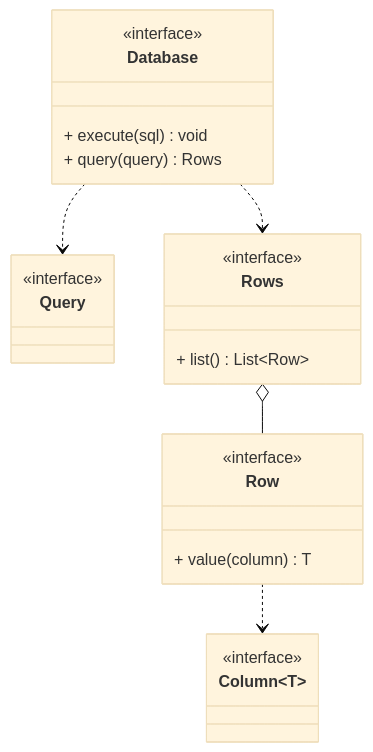
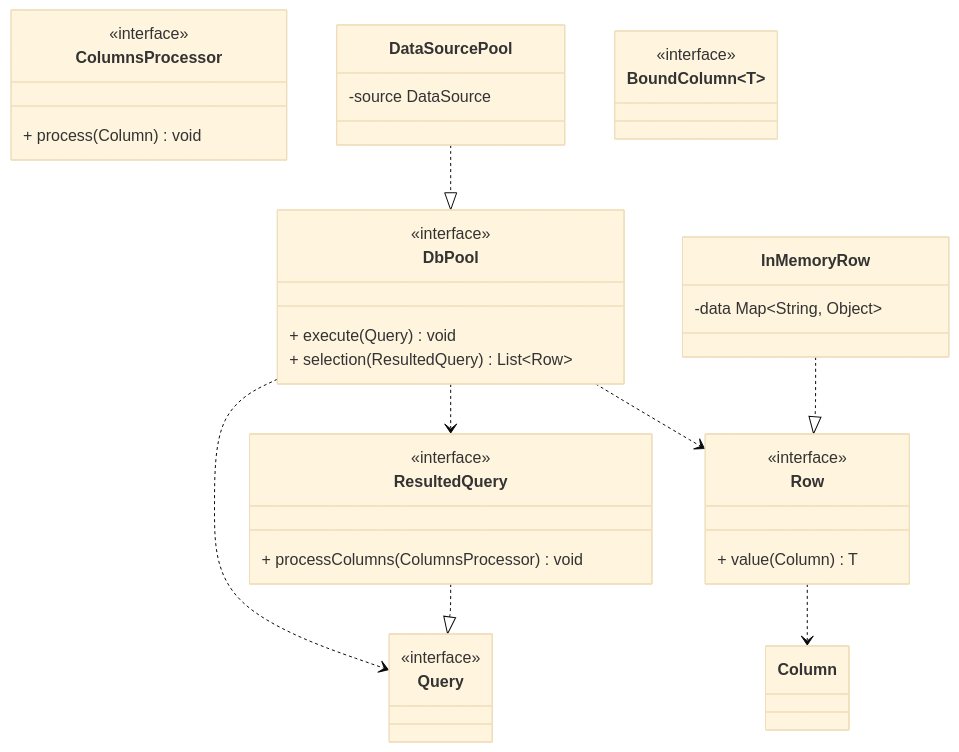
Diagram 13 of 13 in docs/domain.md (safarislava/querybricks), drawn with Mermaid (base theme) before and after one commit. The commit also changed other lines of this file and 3 other files, not shown here.

````diff
--- a/docs/domain.md
+++ b/docs/domain.md
@@ -471,31 +472,47 @@
 ```mermaid
 classDiagram
     class Query {
         <<interface>>
     }
 
-    class Database {
+    class ResultedQuery {
         <<interface>>
-        + execute(sql) void
-        + query(query) Rows
+        + processColumns(ColumnsProcessor) void
+    }
+    ResultedQuery ..|> Query
+
+    class ColumnsProcessor {
+        <<interface>>
+        + process(Column) void
     }
 
-    class Rows {
+    class DbPool {
         <<interface>>
-        + list() List~Row~
+        + execute(Query) void
+        + selection(ResultedQuery) List~Row~
     }
 
-    class Column~T~ {
+    class DataSourcePool {
+        -source DataSource
+    }
+    DataSourcePool ..|> DbPool
+
+    class BoundColumn~T~ {
         <<interface>>
     }
 
     class Row {
         <<interface>>
-        + value(column) T
+        + value(Column) T
     }
 
-    Database ..> Query
-    Database ..> Rows
-    Rows o-- Row 
+    class InMemoryRow {
+        -data Map~String, Object~
+    }
+    InMemoryRow ..|> Row
+
+    DbPool ..> Query
+    DbPool ..> ResultedQuery
+    DbPool ..> Row
     Row ..> Column
 ```
````
